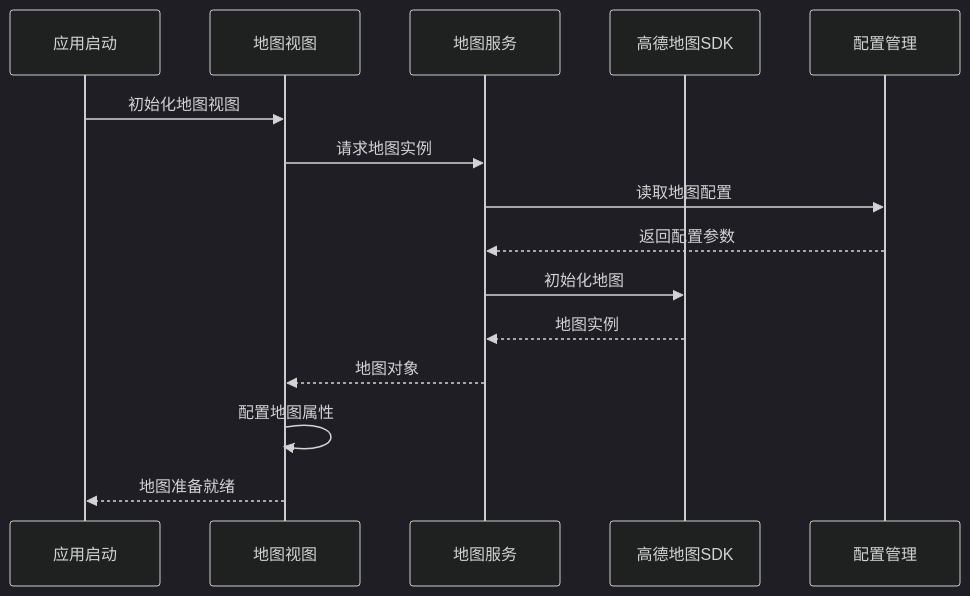
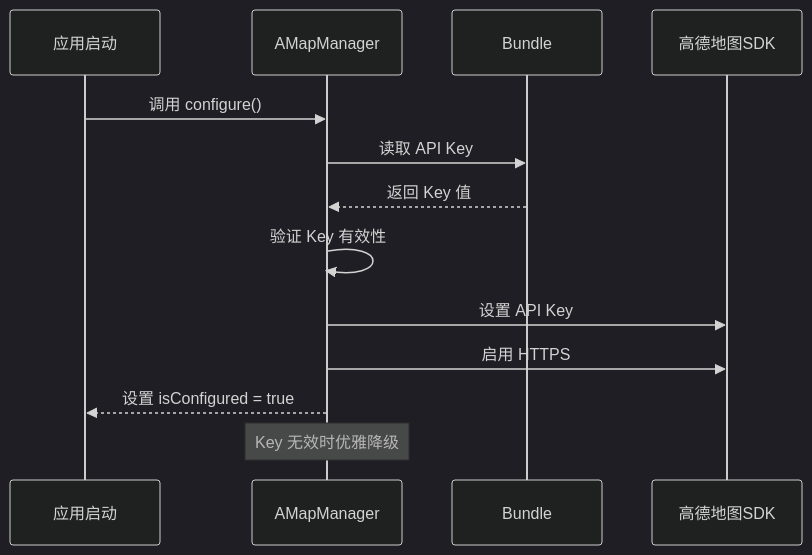
The third of 7 diagrams in .qoder/repowiki/zh/content/架构设计/模块化架构设计/Map 地图模块.md (Jayden23018/blind-run-ios), drawn with Mermaid (dark theme) before and after one commit. The commit also changed other lines of this file and 55 other files, not shown here.

````diff
--- a/.qoder/repowiki/zh/content/架构设计/模块化架构设计/Map 地图模块.md
+++ b/.qoder/repowiki/zh/content/架构设计/模块化架构设计/Map 地图模块.md
@@ -168,17 +245,15 @@
 ```mermaid
 sequenceDiagram
 participant App as 应用启动
-participant MapView as 地图视图
-participant MapService as 地图服务
+participant AMapManager as AMapManager
+participant Bundle as Bundle
 participant AMapSDK as 高德地图SDK
-participant Config as 配置管理
-App->>MapView : 初始化地图视图
-MapView->>MapService : 请求地图实例
-MapService->>Config : 读取地图配置
-Config-->>MapService : 返回配置参数
-MapService->>AMapSDK : 初始化地图
-AMapSDK-->>MapService : 地图实例
-MapService-->>MapView : 地图对象
-MapView->>MapView : 配置地图属性
-MapView-->>App : 地图准备就绪
+App->>AMapManager : 调用 configure()
+AMapManager->>Bundle : 读取 API Key
+Bundle-->>AMapManager : 返回 Key 值
+AMapManager->>AMapManager : 验证 Key 有效性
+AMapManager->>AMapSDK : 设置 API Key
+AMapManager->>AMapSDK : 启用 HTTPS
+AMapManager-->>App : 设置 isConfigured = true
+Note over AMapManager : Key 无效时优雅降级
 ```
````
